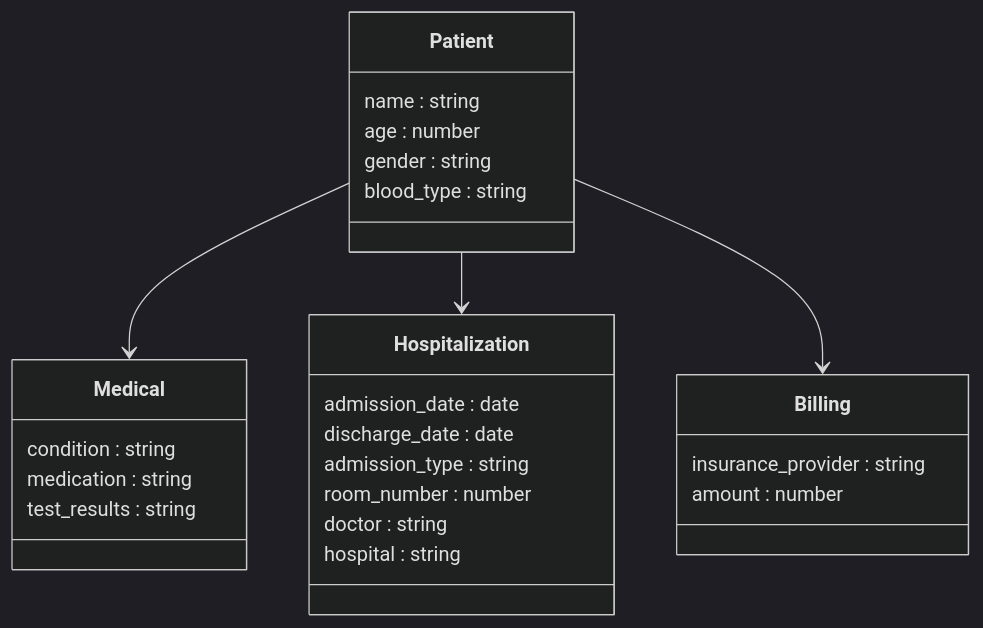
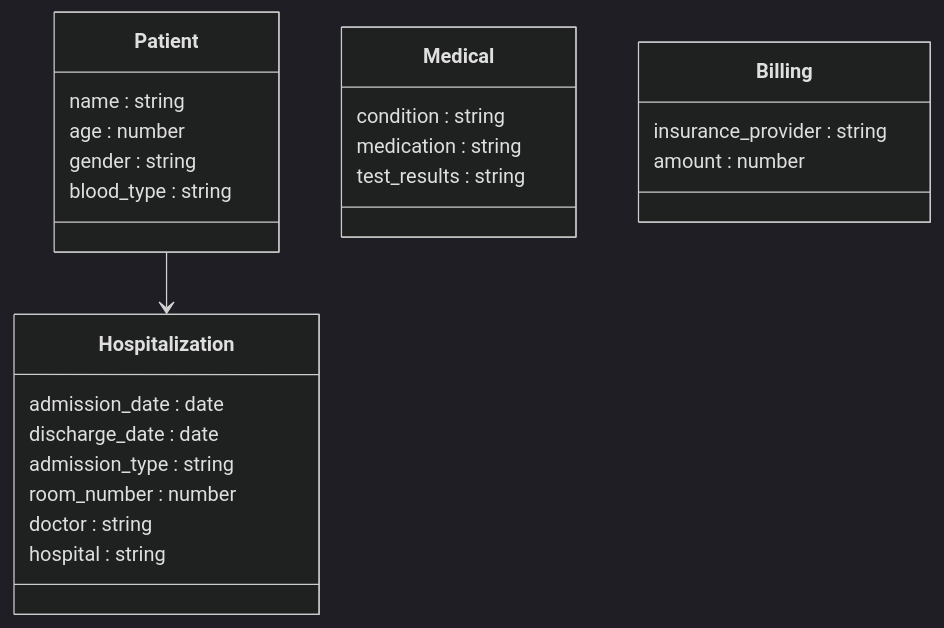
One commit to mickaeljdd/P5_MongoDB_Docker changed the diagram in README.md. Above: the diagram before and after it, drawn with Mermaid (dark theme). The commit also changed other lines of this file and 1 other file, not shown here.

````diff
--- a/README.md
+++ b/README.md
@@ -128,32 +128,31 @@
 ```mermaid
 classDiagram
     class Patient {
         name : string
         age : number
         gender : string
         blood_type : string
     }
 
     class Medical {
         condition : string
         medication : string
         test_results : string
     }
 
     class Hospitalization {
         admission_date : date
         discharge_date : date
         admission_type : string
         room_number : number
         doctor : string
         hospital : string
     }
 
     class Billing {
         insurance_provider : string
         amount : number
     }
-    Patient --> Medical
+
     Patient --> Hospitalization
-    Patient --> Billing
 ```
````
